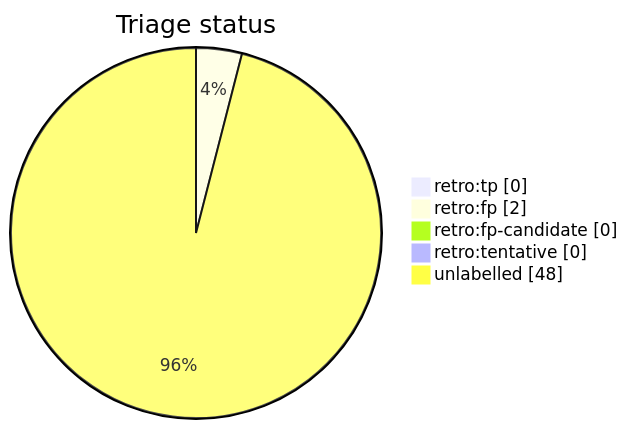
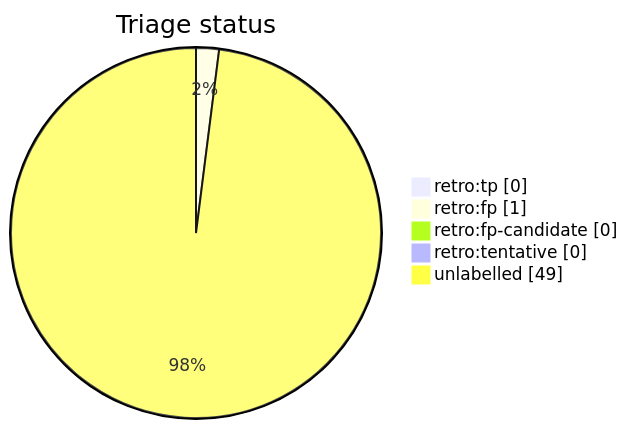
Before and after one commit to tvna/claude-md: the diagram in docs/generated/scripts/auto-retro-triage-report.md, drawn with Mermaid. The commit also changed other lines of this file, not shown here.

First line of the commit message:
chore(auto-retro): refresh triage report

````diff
--- a/docs/generated/scripts/auto-retro-triage-report.md
+++ b/docs/generated/scripts/auto-retro-triage-report.md
@@ -15,9 +15,9 @@
 ```mermaid
 pie showData
     title Triage status
     "retro:tp" : 0
-    "retro:fp" : 2
+    "retro:fp" : 1
     "retro:fp-candidate" : 0
     "retro:tentative" : 0
-    "unlabelled" : 48
+    "unlabelled" : 49
 ```
````
